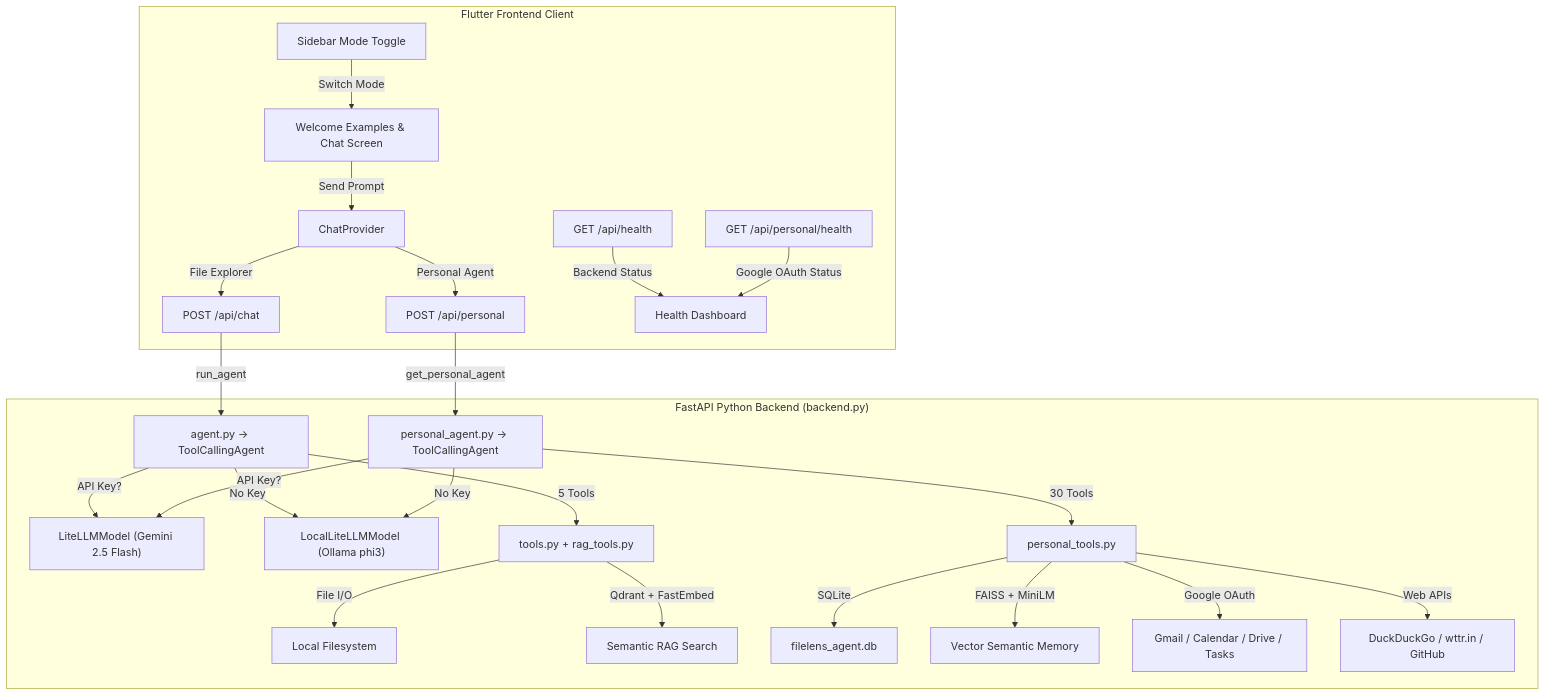
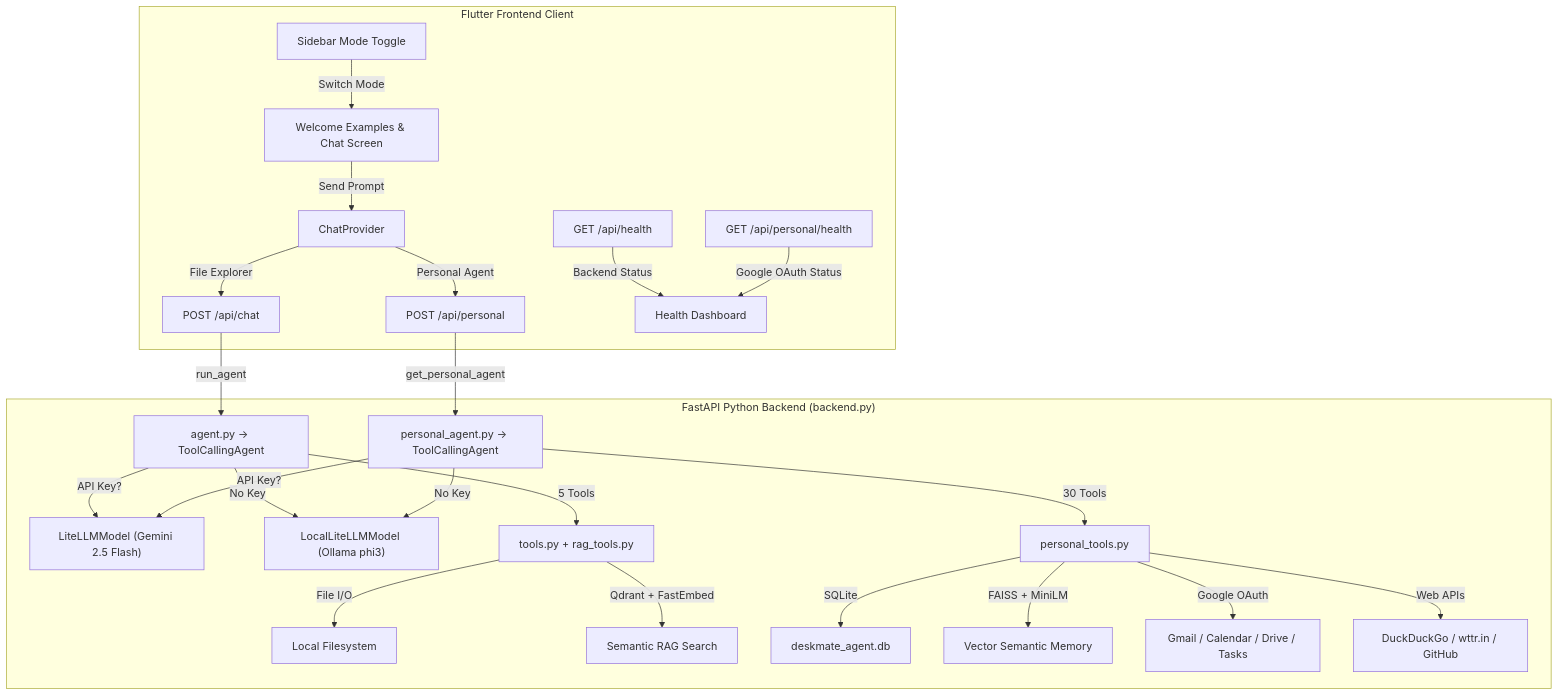
Before and after one commit to Ganeshvenkatesanofficial/DeskMate: the diagram in README.md, drawn with Mermaid. The commit also changed other lines of this file and 26 other files, not shown here.

````diff
--- a/README.md
+++ b/README.md
@@ -13,31 +13,31 @@
 ```mermaid
 graph TD
     subgraph Flutter App ["Flutter Frontend Client"]
         UI["Sidebar Mode Toggle"] --> |Switch Mode| ChatScreen["Welcome Examples & Chat Screen"]
         ChatScreen --> |Send Prompt| Provider["ChatProvider"]
         Provider --> |File Explorer| API_Chat["POST /api/chat"]
         Provider --> |Personal Agent| API_Personal["POST /api/personal"]
         API_Health["GET /api/health"] --> |Backend Status| SidebarHealth["Health Dashboard"]
         API_PHealth["GET /api/personal/health"] --> |Google OAuth Status| SidebarHealth
     end
 
     subgraph Python Server ["FastAPI Python Backend (backend.py)"]
         API_Chat --> |run_agent| FileAgent["agent.py → ToolCallingAgent"]
         API_Personal --> |get_personal_agent| PersonalAgent["personal_agent.py → ToolCallingAgent"]
 
         FileAgent --> |API Key?| GeminiModel["LiteLLMModel (Gemini 2.5 Flash)"]
         FileAgent --> |No Key| LocalModel["LocalLiteLLMModel (Ollama phi3)"]
         PersonalAgent --> |API Key?| GeminiModel
         PersonalAgent --> |No Key| LocalModel
 
         FileAgent --> |5 Tools| FileTools["tools.py + rag_tools.py"]
         PersonalAgent --> |30 Tools| PTools["personal_tools.py"]
 
         FileTools --> |File I/O| Disk["Local Filesystem"]
         FileTools --> |Qdrant + FastEmbed| QdrantDB["Semantic RAG Search"]
-        PTools --> |SQLite| SQLStore["filelens_agent.db"]
+        PTools --> |SQLite| SQLStore["deskmate_agent.db"]
         PTools --> |FAISS + MiniLM| FAISS["Vector Semantic Memory"]
         PTools --> |Google OAuth| Google["Gmail / Calendar / Drive / Tasks"]
         PTools --> |Web APIs| Web["DuckDuckGo / wttr.in / GitHub"]
     end
 ```
````
